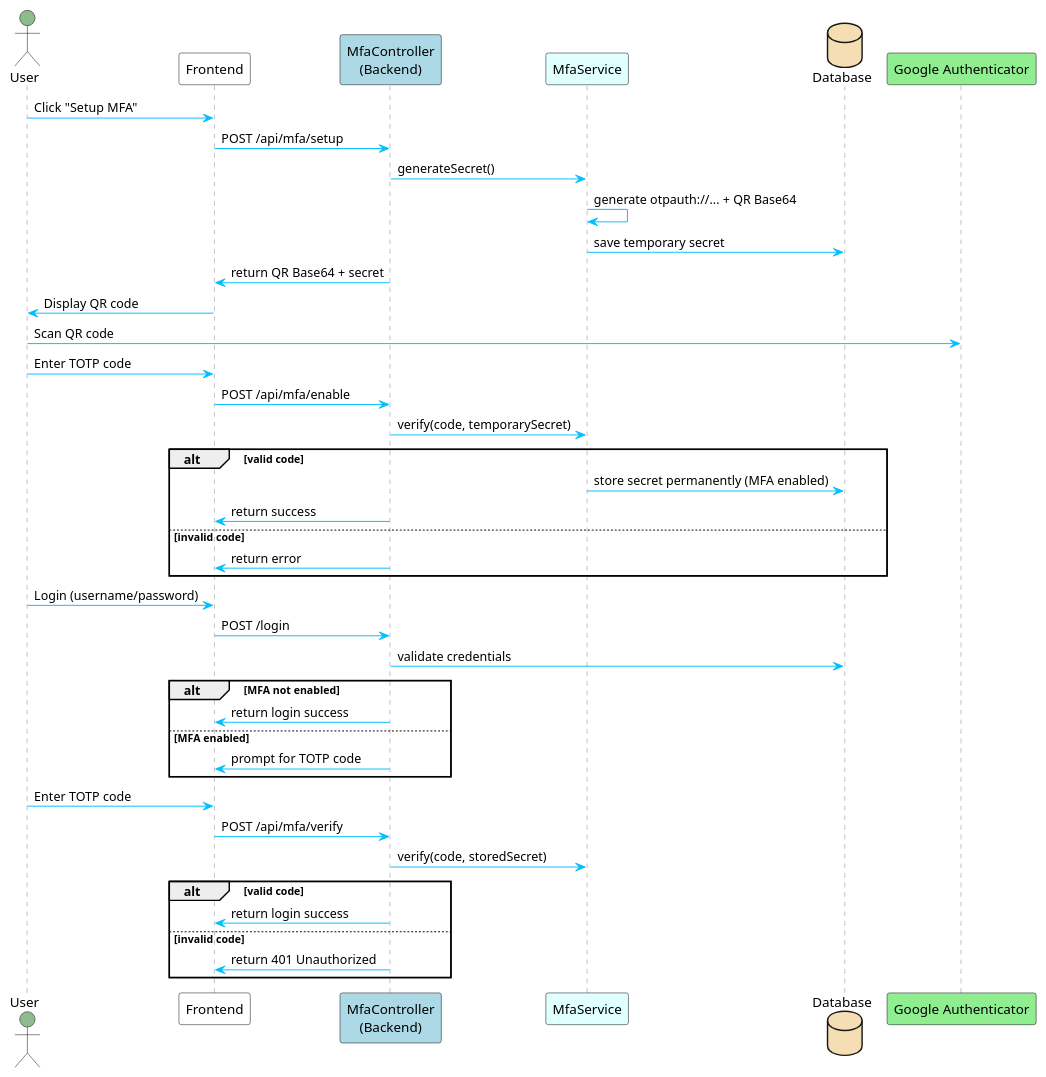
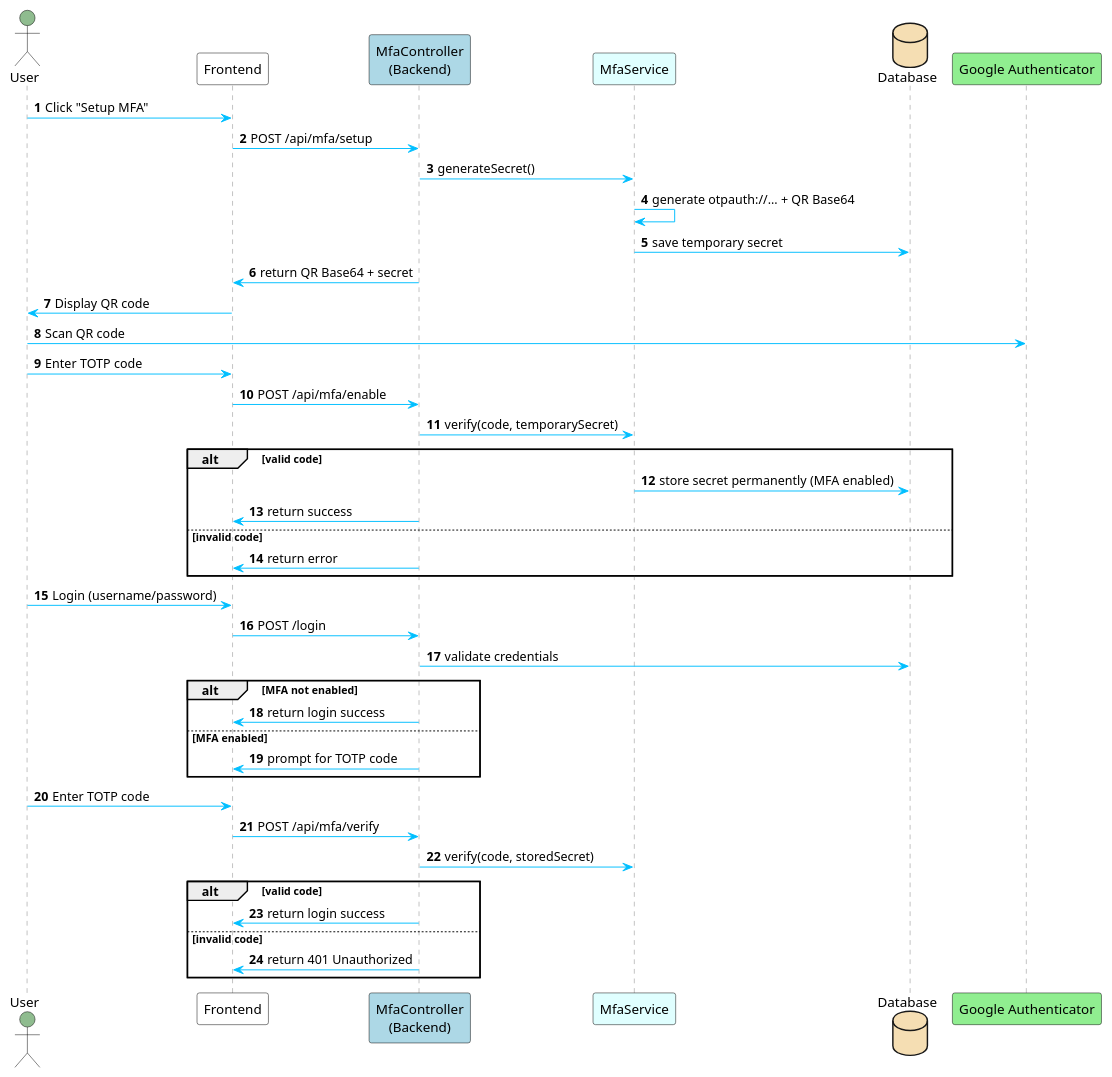
Before and after one commit to nguyenhuuca/assessment: the diagram in doc/mfa_flow.puml, drawn with PlantUML. The commit also changed 3 other files, not shown here.

```diff
--- a/doc/mfa_flow.puml
+++ b/doc/mfa_flow.puml
@@ -1,67 +1,68 @@
 @startuml
 ' Enable color theme
 skinparam sequence {
     ArrowColor DeepSkyBlue
     ActorBorderColor black
     LifeLineBorderColor gray
     LifeLineBackgroundColor #DDDDDD
     ParticipantBorderColor black
     ParticipantBackgroundColor #E0F7FA
     BoxBackgroundColor #FFF9C4
     NoteBackgroundColor #FFECB3
     NoteBorderColor black
 }
 
+AutoNumber
 actor User #DarkSeaGreen
 participant "Frontend" as FE #White
 participant "MfaController\n(Backend)" as BE #LightBlue
 participant "MfaService" #LightCyan
 database "Database" as DB #Wheat
 participant "Google Authenticator" as GA #LightGreen
 
 box "1. Setup MFA"
     User -> FE : Click "Setup MFA"
     FE -> BE : POST /api/mfa/setup
     BE -> MfaService : generateSecret()
     MfaService -> MfaService : generate otpauth://... + QR Base64
     MfaService -> DB : save temporary secret
     BE -> FE : return QR Base64 + secret
     FE -> User : Display QR code
 end box
 
 box "2. Enable MFA"
     User -> GA : Scan QR code
     User -> FE : Enter TOTP code
     FE -> BE : POST /api/mfa/enable
     BE -> MfaService : verify(code, temporarySecret)
     alt valid code
         MfaService -> DB : store secret permanently (MFA enabled)
         BE -> FE : return success
     else invalid code
         BE -> FE : return error
     end
 end box
 
 box "3. Login"
     User -> FE : Login (username/password)
     FE -> BE : POST /login
     BE -> DB : validate credentials
     alt MFA not enabled
         BE -> FE : return login success
     else MFA enabled
         BE -> FE : prompt for TOTP code
     end
 end box
 
 box "4. Verify MFA"
     User -> FE : Enter TOTP code
     FE -> BE : POST /api/mfa/verify
     BE -> MfaService : verify(code, storedSecret)
     alt valid code
         BE -> FE : return login success
     else invalid code
         BE -> FE : return 401 Unauthorized
     end
 end box
 
 @enduml
```
